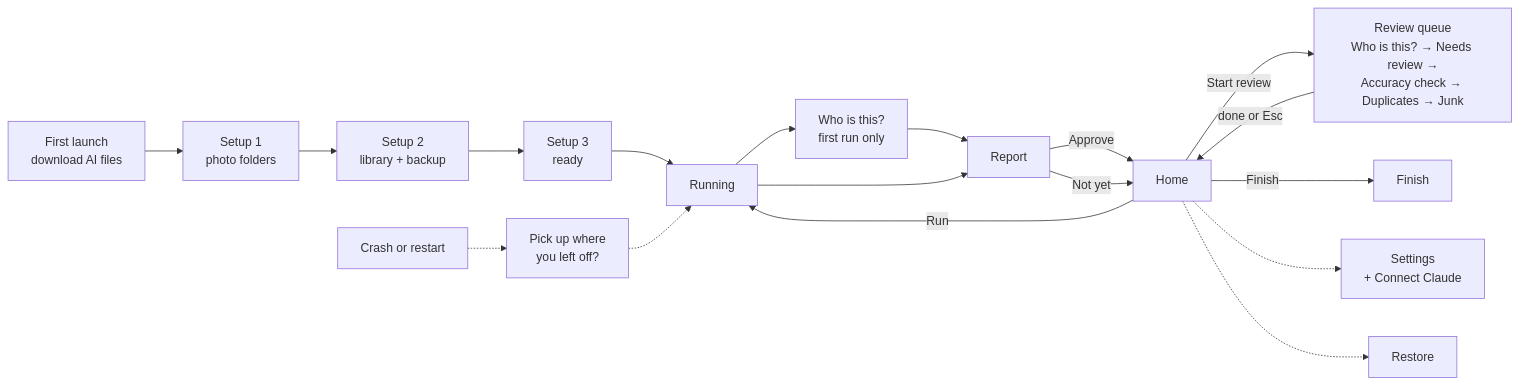
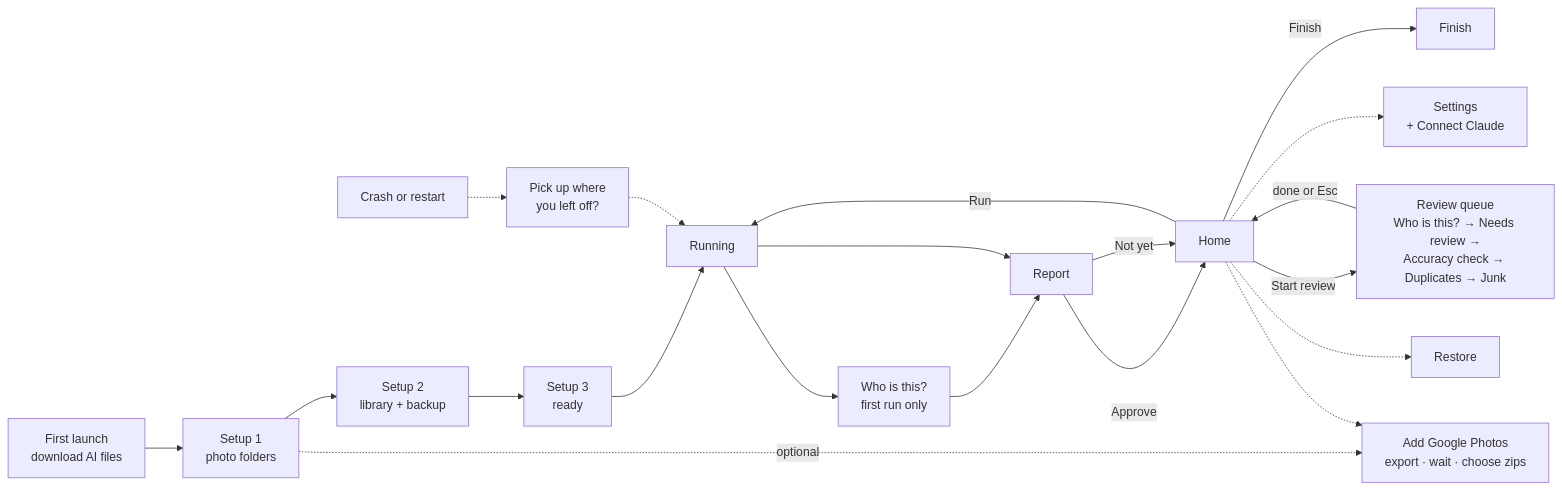
One commit to RichardsJoe/ImageCleanuper changed the diagram in docs/WIREFRAMES.md. Above: the diagram before and after it, drawn with Mermaid. The commit also changed other lines of this file and 3 other files, not shown here.

First line of the commit message:
Automatic scan detection; Google Photos import via Takeout

````diff
--- a/docs/WIREFRAMES.md
+++ b/docs/WIREFRAMES.md
@@ -7,17 +7,19 @@
 ```mermaid
 flowchart LR
   A["First launch<br/>download AI files"] --> B["Setup 1<br/>photo folders"] --> C["Setup 2<br/>library + backup"] --> D["Setup 3<br/>ready"]
   D --> R["Running"]
   R --> W["Who is this?<br/>first run only"]
   W --> P["Report"]
   R --> P
   P -- "Approve" --> H["Home"]
   P -- "Not yet" --> H
   H -- "Start review" --> V["Review queue<br/>Who is this? → Needs review →<br/>Accuracy check → Duplicates → Junk"]
   V -- "done or Esc" --> H
   H -- "Run" --> R
   H -- "Finish" --> F["Finish"]
   H -.-> S["Settings<br/>+ Connect Claude"]
   H -.-> X["Restore"]
+  B -. "optional" .-> G["Add Google Photos<br/>export · wait · choose zips"]
+  H -.-> G
   K["Crash or restart"] -.-> Q["Pick up where<br/>you left off?"] -.-> R
 ```
````
